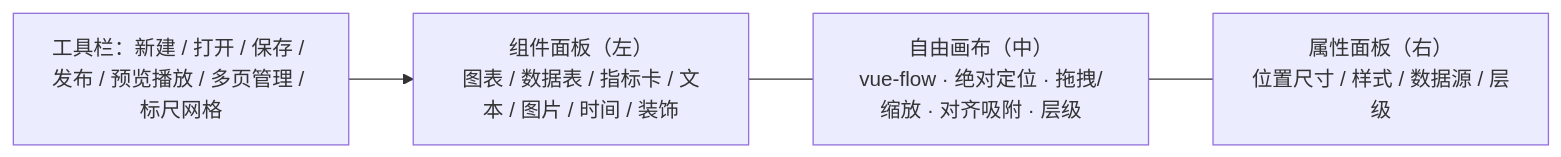
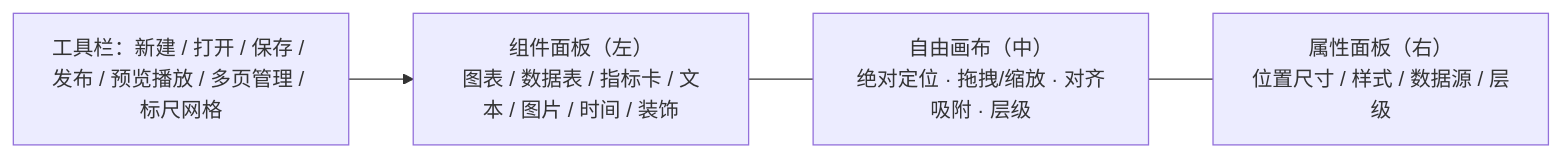
The diagram in bms文档/设计/组件设计/08_交互类/09_组件设计_大屏设计器与播放/09_组件设计_大屏设计器与播放.md (minjian123/basic-management-system), drawn with Mermaid before and after one commit. The commit also changed other lines of this file and 238 other files, not shown here.

````diff
--- a/bms文档/设计/组件设计/08_交互类/09_组件设计_大屏设计器与播放/09_组件设计_大屏设计器与播放.md
+++ b/bms文档/设计/组件设计/08_交互类/09_组件设计_大屏设计器与播放/09_组件设计_大屏设计器与播放.md
@@ -34,8 +33,8 @@
 ```mermaid
 flowchart LR
     TB["工具栏：新建 / 打开 / 保存 / 发布 / 预览播放 / 多页管理 / 标尺网格"]
     CP["组件面板（左）<br/>图表 / 数据表 / 指标卡 / 文本 / 图片 / 时间 / 装饰"]
-    CV["自由画布（中）<br/>vue-flow · 绝对定位 · 拖拽/缩放 · 对齐吸附 · 层级"]
+    CV["自由画布（中）<br/>绝对定位 · 拖拽/缩放 · 对齐吸附 · 层级"]
     PP["属性面板（右）<br/>位置尺寸 / 样式 / 数据源 / 层级"]
     TB --> CP --- CV --- PP
 ```
````
